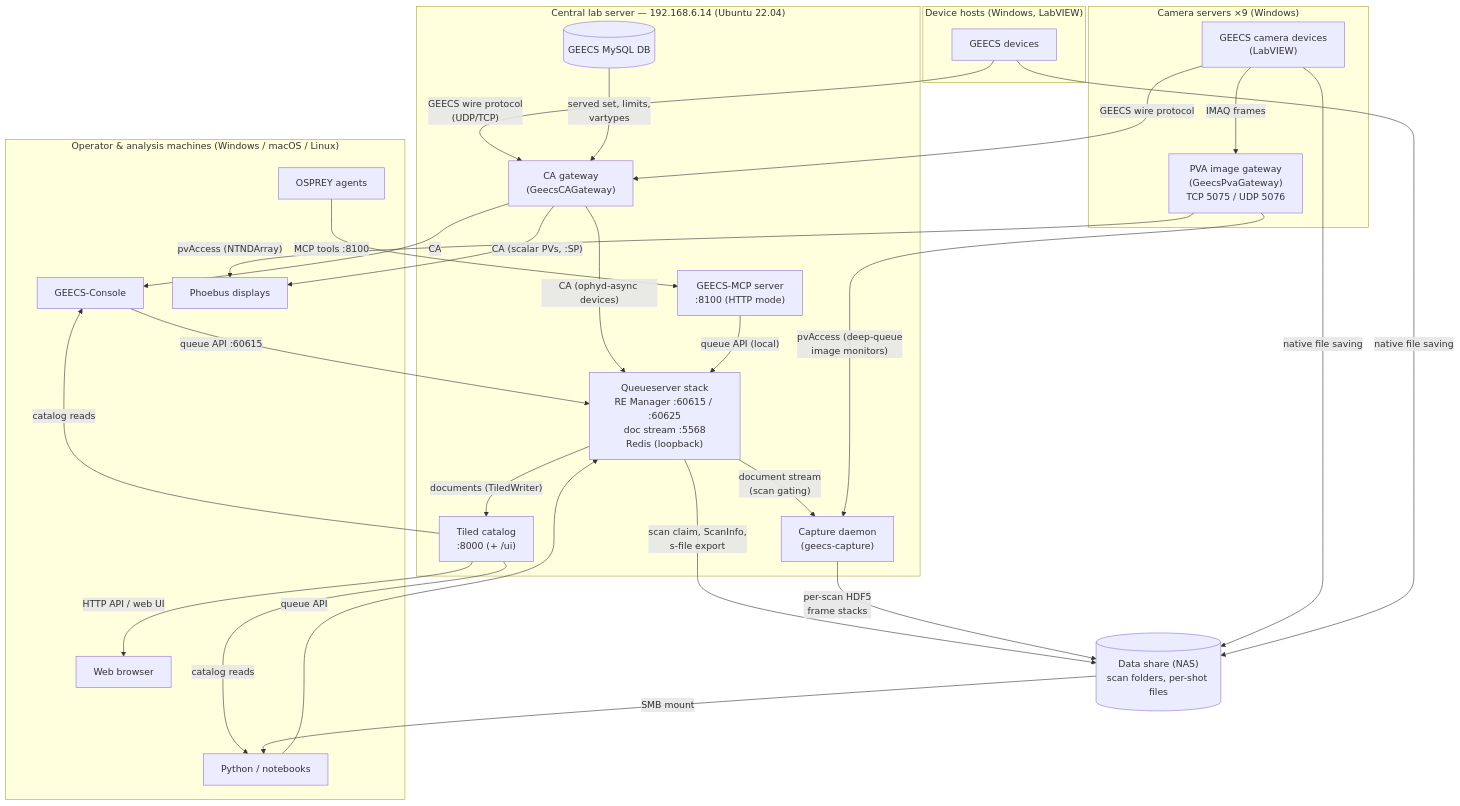
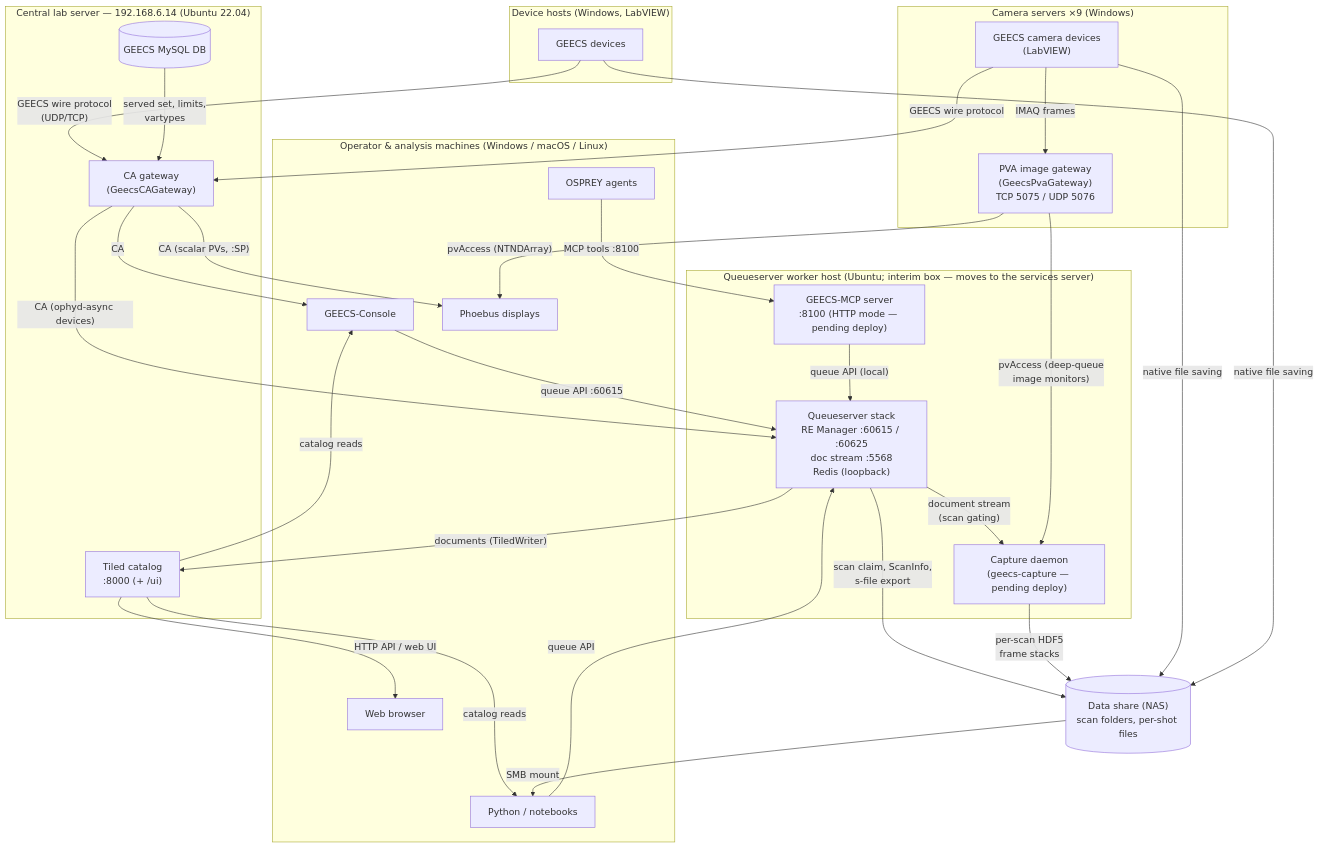
Before and after one commit to GEECS-BELLA/GEECS-Plugins: the diagram in docs/platform/fleet_map.md, drawn with Mermaid. The commit also changed other lines of this file, not shown here.

Commit message:
fleet map review fixes: worker host unasserted, deployed-vs-pending status, arrow legend

````diff
--- a/docs/platform/fleet_map.md
+++ b/docs/platform/fleet_map.md
@@ -18,58 +23,61 @@
 ```mermaid
 flowchart TB
     subgraph clients["Operator & analysis machines (Windows / macOS / Linux)"]
         console["GEECS-Console"]
         phoebus["Phoebus displays"]
         nb["Python / notebooks"]
         osprey["OSPREY agents"]
         browser["Web browser"]
     end
 
     subgraph central["Central lab server — 192.168.6.14 (Ubuntu 22.04)"]
         cagw["CA gateway<br/>(GeecsCAGateway)"]
         tiled["Tiled catalog<br/>:8000 (+ /ui)"]
         db[("GEECS MySQL DB")]
+    end
+
+    subgraph worker["Queueserver worker host (Ubuntu; interim box — moves to the services server)"]
         qs["Queueserver stack<br/>RE Manager :60615 / :60625<br/>doc stream :5568<br/>Redis (loopback)"]
-        mcp["GEECS-MCP server<br/>:8100 (HTTP mode)"]
-        capture["Capture daemon<br/>(geecs-capture)"]
+        mcp["GEECS-MCP server<br/>:8100 (HTTP mode — pending deploy)"]
+        capture["Capture daemon<br/>(geecs-capture — pending deploy)"]
     end
 
     subgraph camsrv["Camera servers ×9 (Windows)"]
         cams["GEECS camera devices<br/>(LabVIEW)"]
         pvagw["PVA image gateway<br/>(GeecsPvaGateway)<br/>TCP 5075 / UDP 5076"]
     end
 
     subgraph devhosts["Device hosts (Windows, LabVIEW)"]
         devs["GEECS devices"]
     end
 
     nas[("Data share (NAS)<br/>scan folders, per-shot files")]
 
     devs -- "GEECS wire protocol<br/>(UDP/TCP)" --> cagw
     cams -- "GEECS wire protocol" --> cagw
     cams -- "IMAQ frames" --> pvagw
     db -- "served set, limits,<br/>vartypes" --> cagw
 
     cagw -- "CA (scalar PVs, :SP)" --> phoebus
     cagw -- "CA" --> console
     cagw -- "CA (ophyd-async devices)" --> qs
     pvagw -- "pvAccess (NTNDArray)" --> phoebus
 
     console -- "queue API :60615" --> qs
     nb -- "queue API" --> qs
     osprey -- "MCP tools :8100" --> mcp
     mcp -- "queue API (local)" --> qs
 
     qs -- "documents (TiledWriter)" --> tiled
     qs -- "scan claim, ScanInfo,<br/>s-file export" --> nas
     qs -- "document stream<br/>(scan gating)" --> capture
     pvagw -- "pvAccess (deep-queue<br/>image monitors)" --> capture
     capture -- "per-scan HDF5<br/>frame stacks" --> nas
     cams -- "native file saving" --> nas
     devs -- "native file saving" --> nas
 
     tiled -- "HTTP API / web UI" --> browser
     tiled -- "catalog reads" --> console
     tiled -- "catalog reads" --> nb
     nas -- "SMB mount" --> nb
 ```
````
